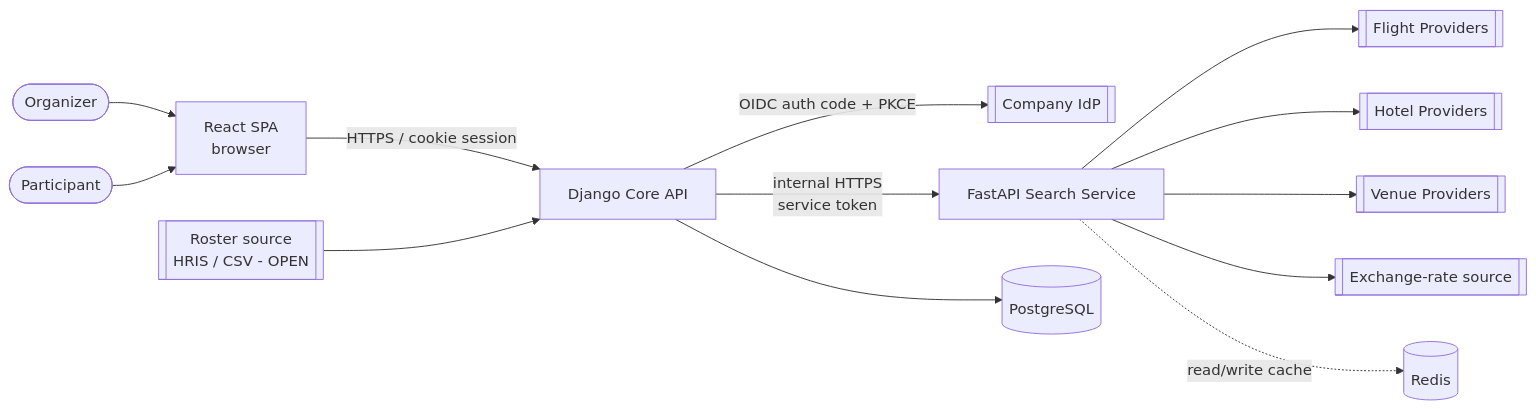
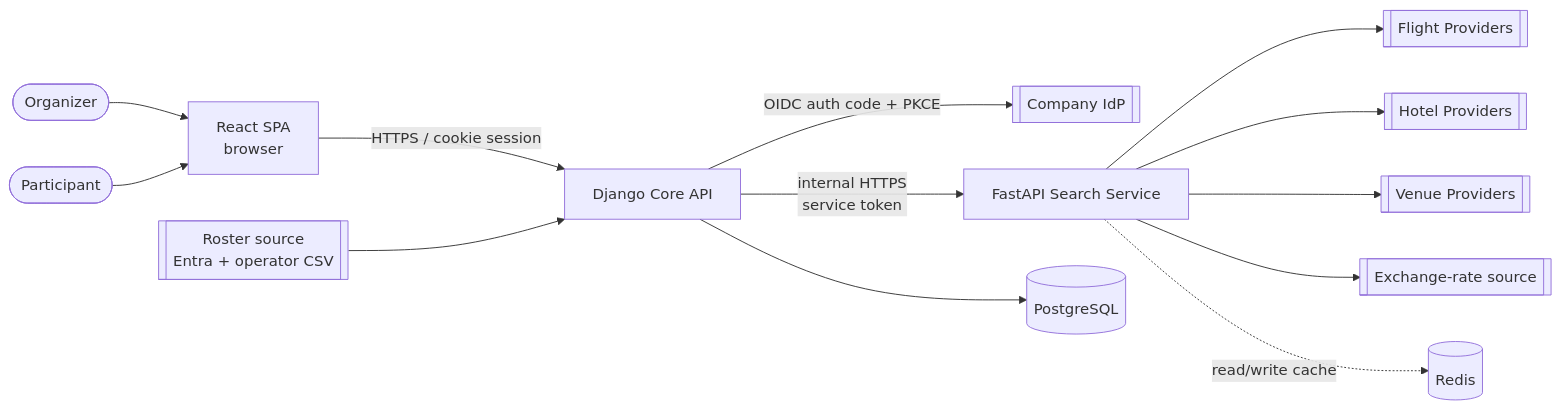
Before and after one commit to jmanico/offsiteiq: the first of 6 diagrams in ARCHITECTURE.md, drawn with Mermaid. The commit also changed other lines of this file and 2 other files, not shown here.

First line of the commit message:
Record answers to the blocking open questions

````diff
--- a/ARCHITECTURE.md
+++ b/ARCHITECTURE.md
@@ -43,15 +43,15 @@
 ```mermaid
 flowchart LR
     org([Organizer]) --> spa
     par([Participant]) --> spa
     spa[React SPA<br/>browser] -- HTTPS / cookie session --> api[Django Core API]
     api -- OIDC auth code + PKCE --> idp[[Company IdP]]
     api -- internal HTTPS<br/>service token --> search[FastAPI Search Service]
     search --> flights[[Flight Providers]]
     search --> hotels[[Hotel Providers]]
     search --> venues[[Venue Providers]]
     search --> fx[[Exchange-rate source]]
     api --> db[(PostgreSQL)]
     search -. read/write cache .-> cache[(Redis)]
-    roster[[Roster source<br/>HRIS / CSV - OPEN]] --> api
+    roster[[Roster source<br/>Entra + operator CSV]] --> api
 ```
````
